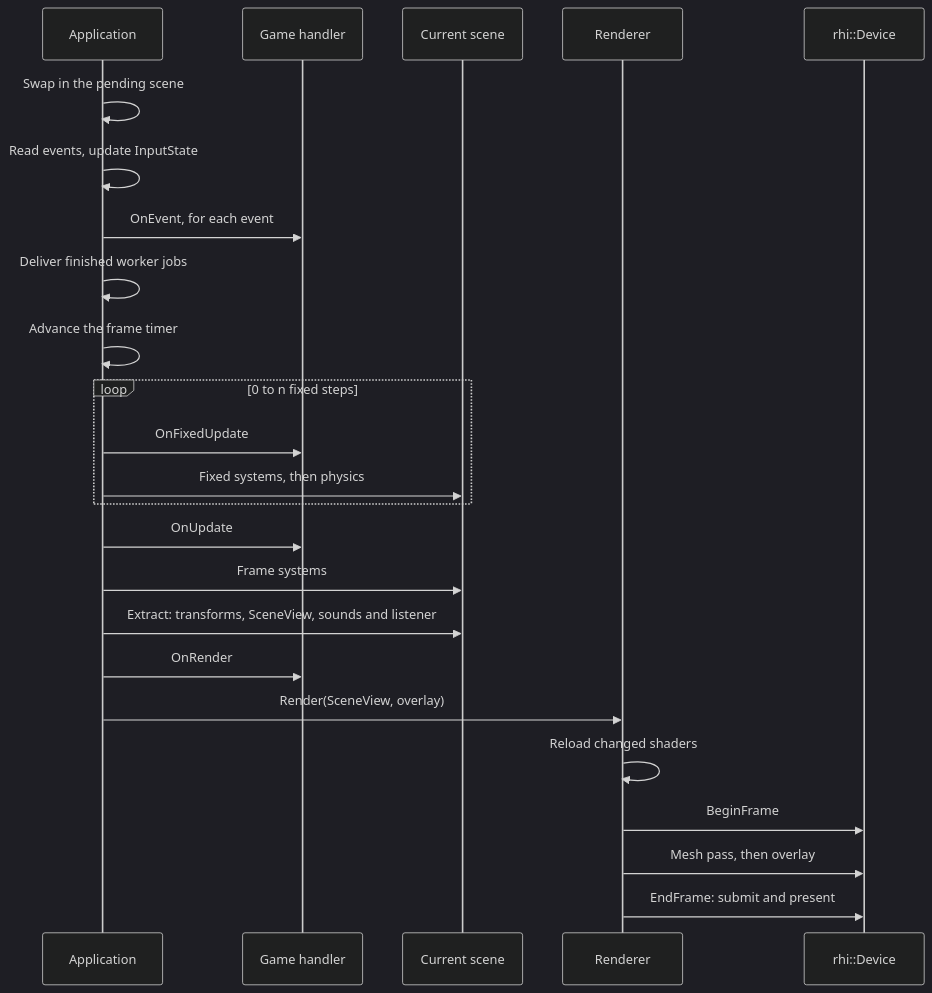
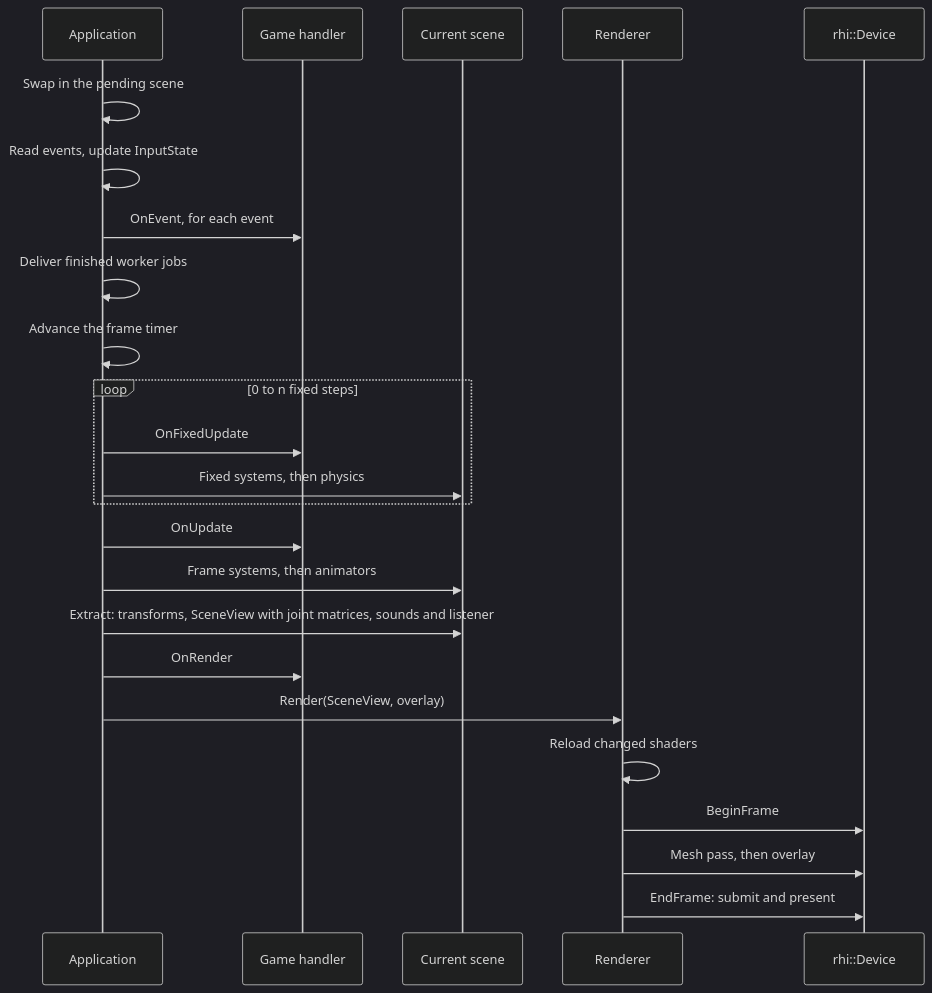
Before and after one commit to SBXdev3D/daidalos-engine-next: the third of 7 diagrams in docs/ARCHITECTURE.md, drawn with Mermaid (dark theme). The commit also changed other lines of this file and 30 other files, not shown here.

````diff
--- a/docs/ARCHITECTURE.md
+++ b/docs/ARCHITECTURE.md
@@ -106,27 +112,27 @@
 ```mermaid
 sequenceDiagram
     participant A as Application
     participant G as Game handler
     participant S as Current scene
     participant R as Renderer
     participant D as rhi::Device
 
     A->>A: Swap in the pending scene
     A->>A: Read events, update InputState
     A->>G: OnEvent, for each event
     A->>A: Deliver finished worker jobs
     A->>A: Advance the frame timer
     loop 0 to n fixed steps
         A->>G: OnFixedUpdate
         A->>S: Fixed systems, then physics
     end
     A->>G: OnUpdate
-    A->>S: Frame systems
-    A->>S: Extract: transforms, SceneView, sounds and listener
+    A->>S: Frame systems, then animators
+    A->>S: Extract: transforms, SceneView with joint matrices, sounds and listener
     A->>G: OnRender
     A->>R: Render(SceneView, overlay)
     R->>R: Reload changed shaders
     R->>D: BeginFrame
     R->>D: Mesh pass, then overlay
     R->>D: EndFrame: submit and present
 ```
````
